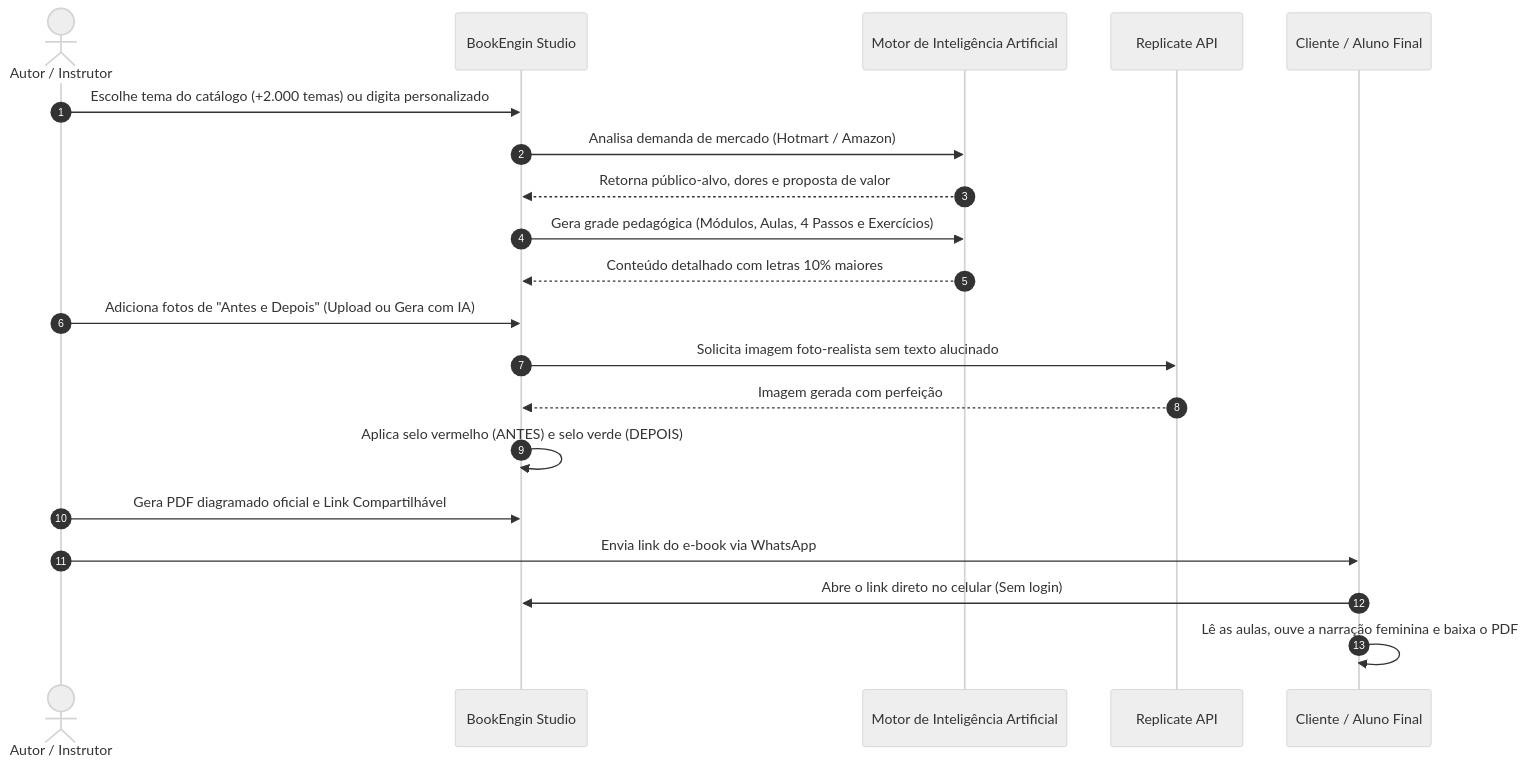
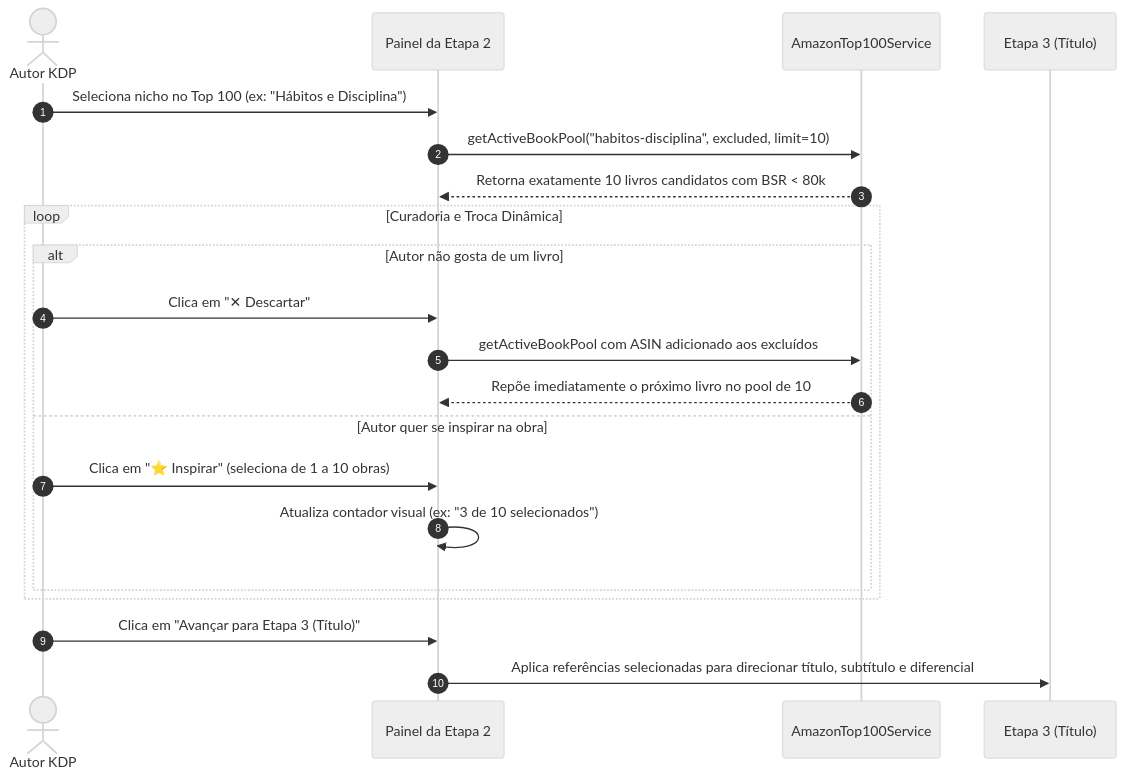
The second of 2 diagrams in README.md (leopalmeira/criador-de-livros), drawn with Mermaid (neutral theme) before and after one commit. The commit also changed other lines of this file and 47 other files, not shown here.

Commit message:
feat: Top 100 segmentos Amazon (7 dias), pool dinamico de 10 livros, fluxo editorial 10 etapas e atualizacao completa do README

````diff
--- a/README.md
+++ b/README.md
@@ -117,23 +147,26 @@
 ```mermaid
 sequenceDiagram
     autonumber
-    actor Autor as Autor / Instrutor
-    participant Studio as BookEngin Studio
-    participant IA as Motor de Inteligência Artificial
-    participant Replicate as Replicate API
-    participant Aluno as Cliente / Aluno Final
+    actor Autor as Autor KDP
+    participant UI as Painel da Etapa 2
+    participant Service as AmazonTop100Service
+    participant Step3 as Etapa 3 (Título)
 
-    Autor->>Studio: Escolhe tema do catálogo (+2.000 temas) ou digita personalizado
-    Studio->>IA: Analisa demanda de mercado (Hotmart / Amazon)
-    IA-->>Studio: Retorna público-alvo, dores e proposta de valor
-    Studio->>IA: Gera grade pedagógica (Módulos, Aulas, 4 Passos e Exercícios)
-    IA-->>Studio: Conteúdo detalhado com letras 10% maiores
-    Autor->>Studio: Adiciona fotos de "Antes e Depois" (Upload ou Gera com IA)
-    Studio->>Replicate: Solicita imagem foto-realista sem texto alucinado
-    Replicate-->>Studio: Imagem gerada com perfeição
-    Studio->>Studio: Aplica selo vermelho (ANTES) e selo verde (DEPOIS)
-    Autor->>Studio: Gera PDF diagramado oficial e Link Compartilhável
-    Autor->>Aluno: Envia link do e-book via WhatsApp
-    Aluno->>Studio: Abre o link direto no celular (Sem login)
-    Aluno->>Aluno: Lê as aulas, ouve a narração feminina e baixa o PDF
+    Autor->>UI: Seleciona nicho no Top 100 (ex: "Hábitos e Disciplina")
+    UI->>Service: getActiveBookPool("habitos-disciplina", excluded, limit=10)
+    Service-->>UI: Retorna exatamente 10 livros candidatos com BSR < 80k
+    
+    loop Curadoria e Troca Dinâmica
+        alt Autor não gosta de um livro
+            Autor->>UI: Clica em "✕ Descartar"
+            UI->>Service: getActiveBookPool com ASIN adicionado aos excluídos
+            Service-->>UI: Repõe imediatamente o próximo livro no pool de 10
+        else Autor quer se inspirar na obra
+            Autor->>UI: Clica em "⭐ Inspirar" (seleciona de 1 a 10 obras)
+            UI->>UI: Atualiza contador visual (ex: "3 de 10 selecionados")
+        end
+    end
+
+    Autor->>UI: Clica em "Avançar para Etapa 3 (Título)"
+    UI->>Step3: Aplica referências selecionadas para direcionar título, subtítulo e diferencial
 ```
````
